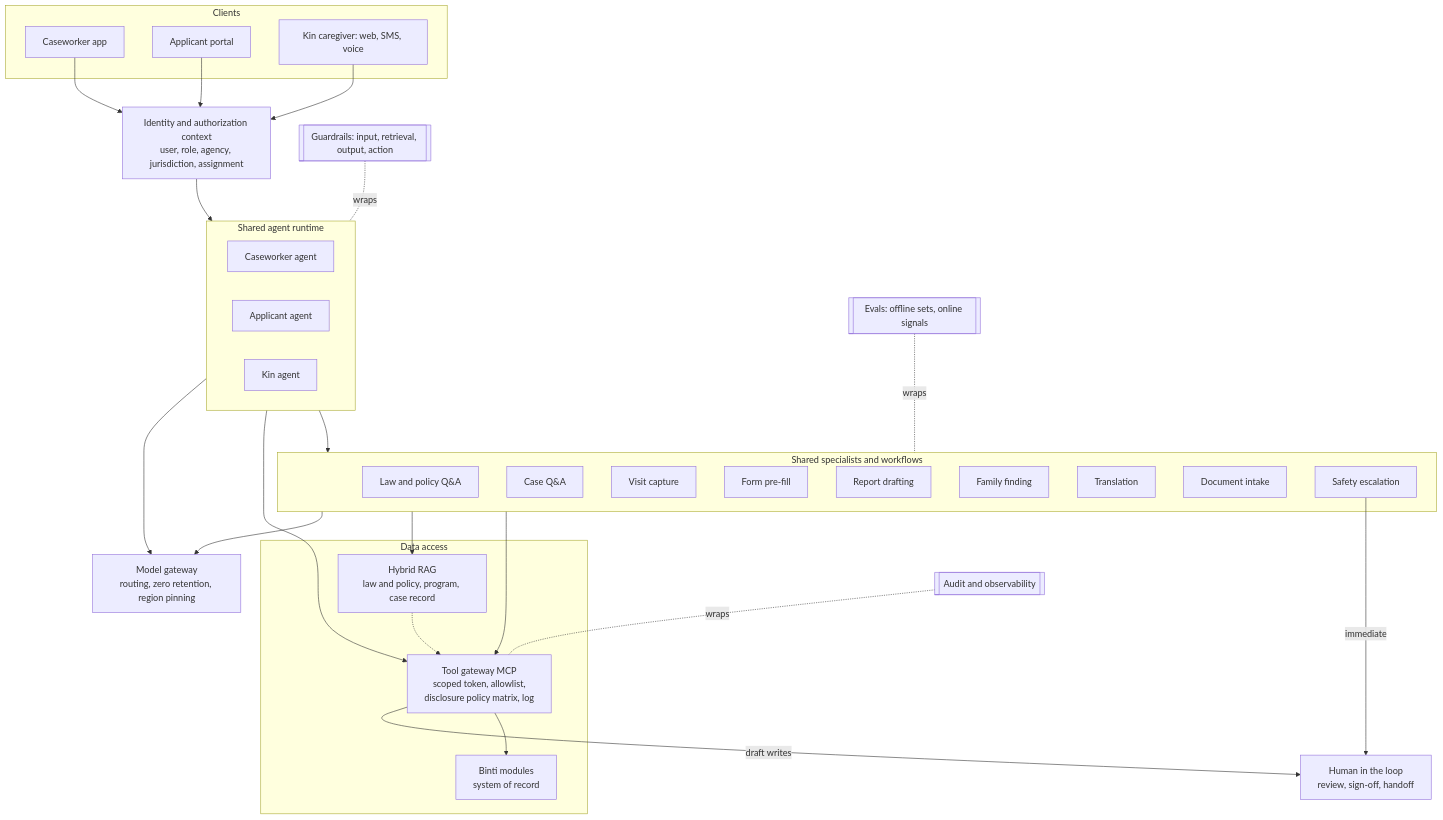
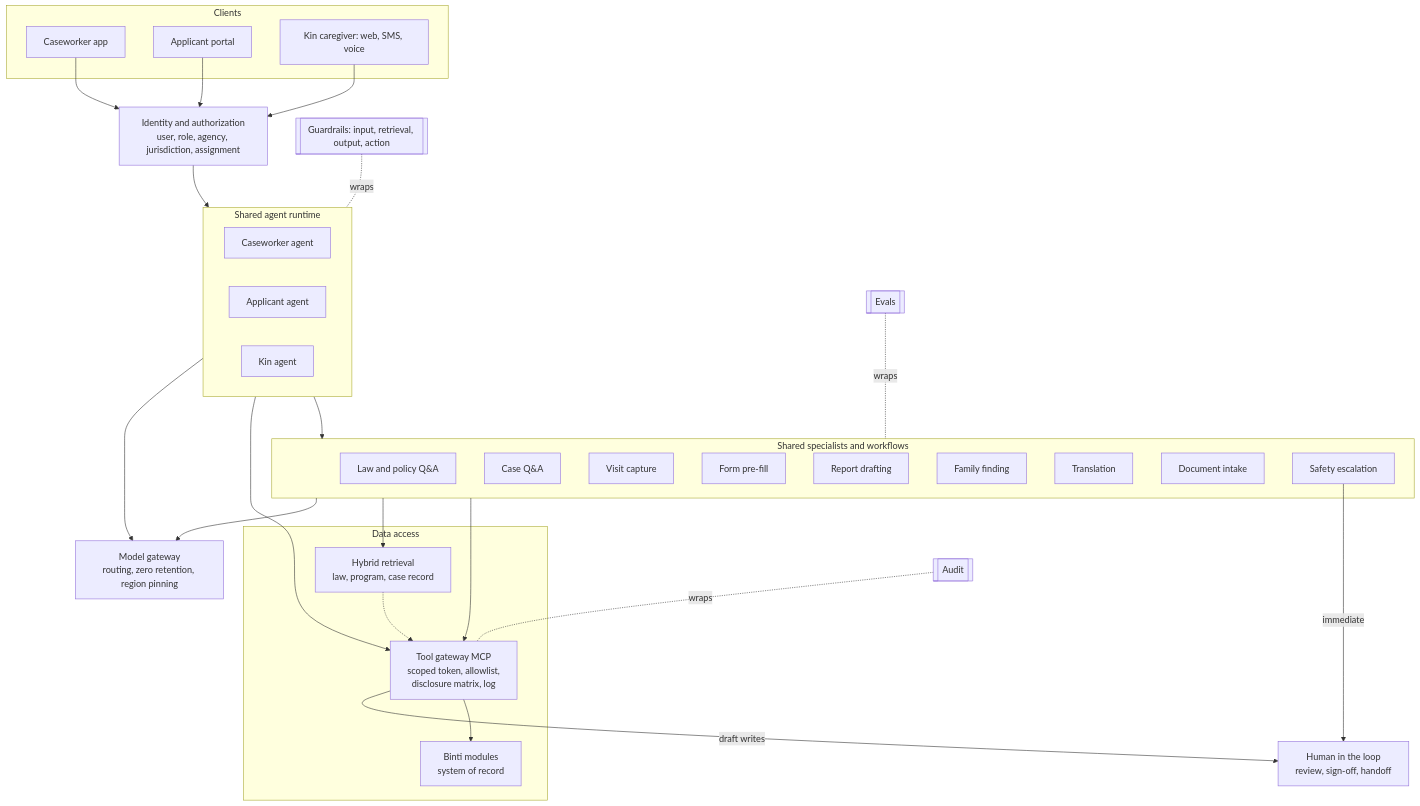
One commit to bharath0690/child-welfare-agency changed the diagram in docs/ai-architecture.md. Above: the diagram before and after it, drawn with Mermaid. The commit also changed other lines of this file and 7 other files, not shown here.

First line of the commit message:
Condense AI architecture doc and add 25-case golden eval set

````diff
--- a/docs/ai-architecture.md
+++ b/docs/ai-architecture.md
@@ -187,60 +138,53 @@
 ```mermaid
 flowchart TB
     subgraph Clients
         CW[Caseworker app]
         AP[Applicant portal]
         KN[Kin caregiver: web, SMS, voice]
     end
-
-    ID[Identity and authorization context<br/>user, role, agency, jurisdiction, assignment]
-
+    ID[Identity and authorization<br/>user, role, agency, jurisdiction, assignment]
     subgraph Runtime[Shared agent runtime]
         direction LR
         A1[Caseworker agent]
         A2[Applicant agent]
         A3[Kin agent]
     end
-
     subgraph Specialists[Shared specialists and workflows]
         S1[Law and policy Q&A]
         S2[Case Q&A]
         S3[Visit capture]
         S4[Form pre-fill]
         S5[Report drafting]
         S6[Family finding]
         S7[Translation]
         S8[Document intake]
         S9[Safety escalation]
     end
-
     subgraph Data[Data access]
-        GW[Tool gateway MCP<br/>scoped token, allowlist,<br/>disclosure policy matrix, log]
-        RAG[Hybrid RAG<br/>law and policy, program, case record]
+        GW[Tool gateway MCP<br/>scoped token, allowlist,<br/>disclosure matrix, log]
+        RAG[Hybrid retrieval<br/>law, program, case record]
         MOD[Binti modules<br/>system of record]
     end
-
     MG[Model gateway<br/>routing, zero retention, region pinning]
     HITL[Human in the loop<br/>review, sign-off, handoff]
-
     CW --> ID
     AP --> ID
     KN --> ID
     ID --> Runtime
     Runtime --> Specialists
     Runtime --> GW
     Specialists --> GW
     Specialists --> RAG
     GW --> MOD
     RAG -.-> GW
     Runtime --> MG
     Specialists --> MG
     GW -->|draft writes| HITL
     S9 -->|immediate| HITL
-
     GR[[Guardrails: input, retrieval, output, action]]
-    AU[[Audit and observability]]
-    EV[[Evals: offline sets, online signals]]
+    AU[[Audit]]
+    EV[[Evals]]
     GR -.wraps.- Runtime
     AU -.wraps.- GW
     EV -.wraps.- Specialists
 ```
````
